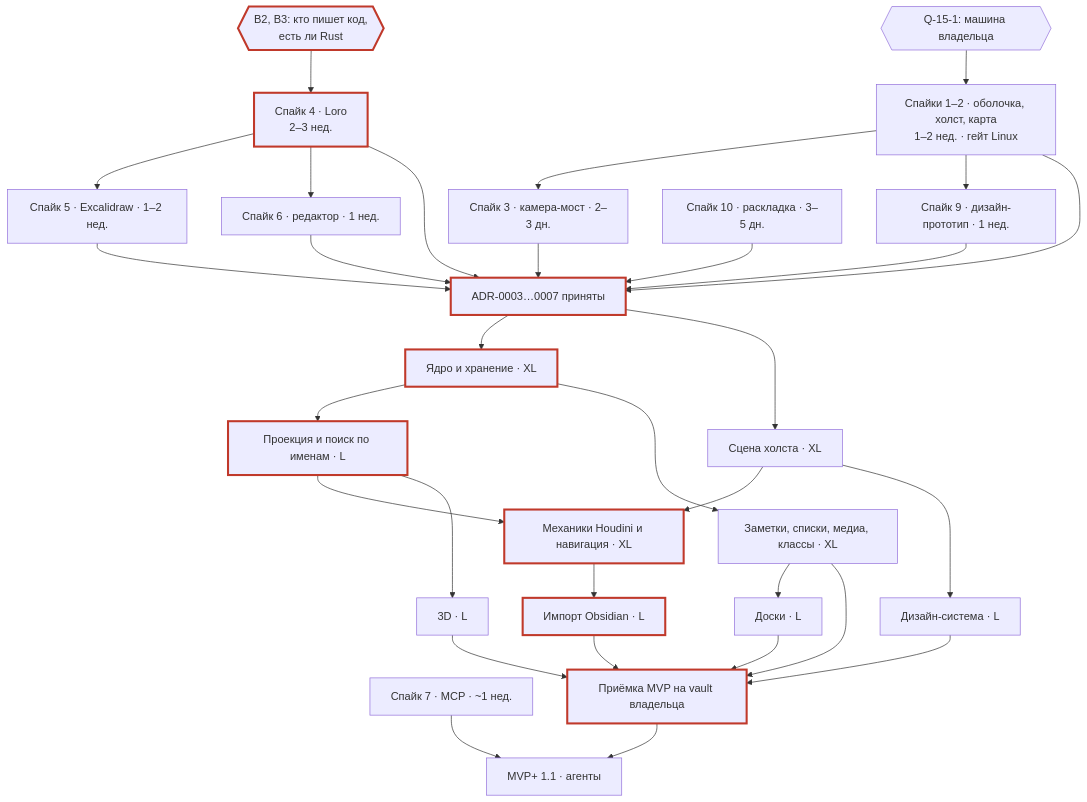
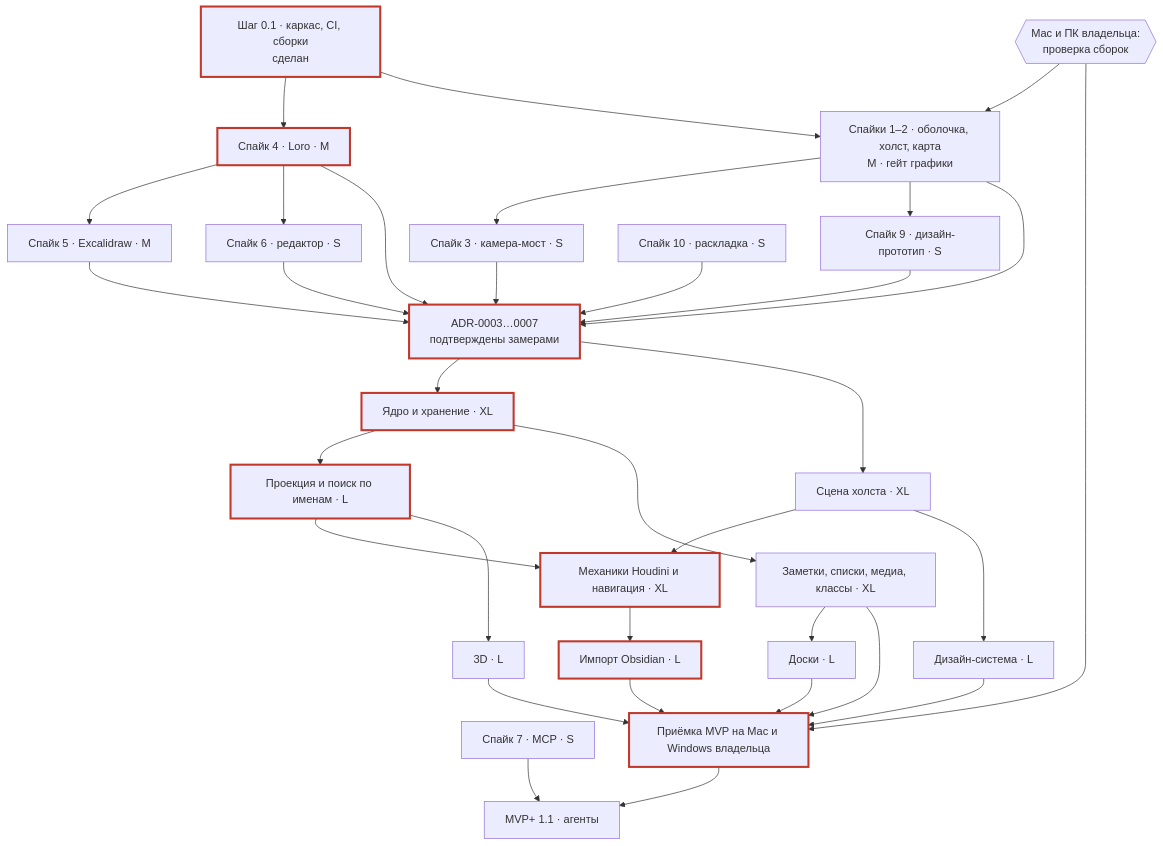
One commit to AntonZyuzin/Strata changed the second of 2 diagrams in docs/16-roadmap.md. Above: the diagram before and after it, drawn with Mermaid. The commit also changed other lines of this file and 11 other files, not shown here.

First line of the commit message:
docs: round-2 updates to roadmap, ADRs (accepted, ADR-0009 license) and traceability (work in progress)

````diff
--- a/docs/16-roadmap.md
+++ b/docs/16-roadmap.md
@@ -481,40 +548,41 @@
 ```mermaid
 flowchart TD
-  B2{{"B2, B3: кто пишет код,<br/>есть ли Rust"}}
-  MO{{"Q-15-1: машина владельца"}}
-  SP4["Спайк 4 · Loro<br/>2–3 нед."]
-  SP1["Спайки 1–2 · оболочка, холст, карта<br/>1–2 нед. · гейт Linux"]
-  SP3["Спайк 3 · камера-мост · 2–3 дн."]
-  SP9["Спайк 9 · дизайн-прототип · 1 нед."]
-  SP5["Спайк 5 · Excalidraw · 1–2 нед."]
-  SP6["Спайк 6 · редактор · 1 нед."]
-  SP10["Спайк 10 · раскладка · 3–5 дн."]
-  SP7["Спайк 7 · MCP · ~1 нед."]
-  ADR["ADR-0003…0007 приняты"]
+  S01["Шаг 0.1 · каркас, CI, сборки<br/>сделан"]
+  MO{{"Mac и ПК владельца:<br/>проверка сборок"}}
+  SP4["Спайк 4 · Loro · M"]
+  SP1["Спайки 1–2 · оболочка, холст, карта<br/>M · гейт графики"]
+  SP3["Спайк 3 · камера-мост · S"]
+  SP9["Спайк 9 · дизайн-прототип · S"]
+  SP5["Спайк 5 · Excalidraw · M"]
+  SP6["Спайк 6 · редактор · S"]
+  SP10["Спайк 10 · раскладка · S"]
+  SP7["Спайк 7 · MCP · S"]
+  ADR["ADR-0003…0007<br/>подтверждены замерами"]
   CORE["Ядро и хранение · XL"]
   PRJ["Проекция и поиск по именам · L"]
   SCN["Сцена холста · XL"]
   HOU["Механики Houdini и навигация · XL"]
   IMP["Импорт Obsidian · L"]
   CNT["Заметки, списки, медиа, классы · XL"]
   BRD["Доски · L"]
   M3D["3D · L"]
   DS["Дизайн-система · L"]
-  ACC["Приёмка MVP на vault владельца"]
+  ACC["Приёмка MVP на Mac и Windows владельца"]
   R11["MVP+ 1.1 · агенты"]
-  B2 --> SP4
+  S01 --> SP4 & SP1
   MO --> SP1
+  MO --> ACC
   SP4 --> SP5 & SP6
   SP1 --> SP3 & SP9
   SP4 & SP1 & SP3 & SP5 & SP6 & SP9 & SP10 --> ADR
   ADR --> CORE --> PRJ --> HOU --> IMP --> ACC
   ADR --> SCN --> HOU
   SCN --> DS --> ACC
   PRJ --> M3D --> ACC
   CORE --> CNT --> BRD --> ACC
   CNT --> ACC
   ACC --> R11
   SP7 --> R11
   classDef crit stroke:#c0392b,stroke-width:3px;
-  class B2,SP4,ADR,CORE,PRJ,HOU,IMP,ACC crit;
+  class S01,SP4,ADR,CORE,PRJ,HOU,IMP,ACC crit;
 ```
````
